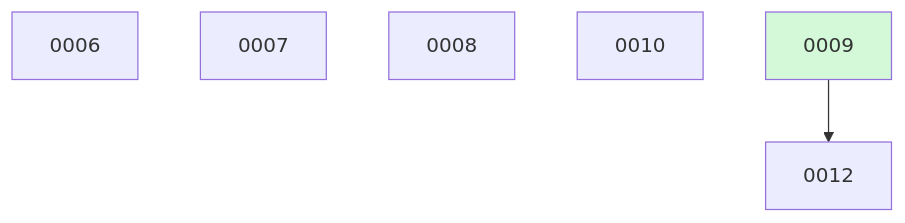
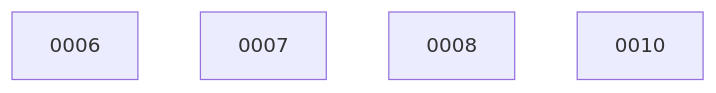
Before and after one commit to ethanhinson/codeindex: the diagram in docs/changes/BOARD.md, drawn with Mermaid. The commit also changed other lines of this file, not shown here.

````diff
--- a/docs/changes/BOARD.md
+++ b/docs/changes/BOARD.md
@@ -20,10 +14,7 @@
 ```mermaid
 graph TD
   0006
   0007
   0008
   0010
-  0009 --> 0012
-  0009:::done
-  classDef done fill:#d3f9d8;
 ```
````
